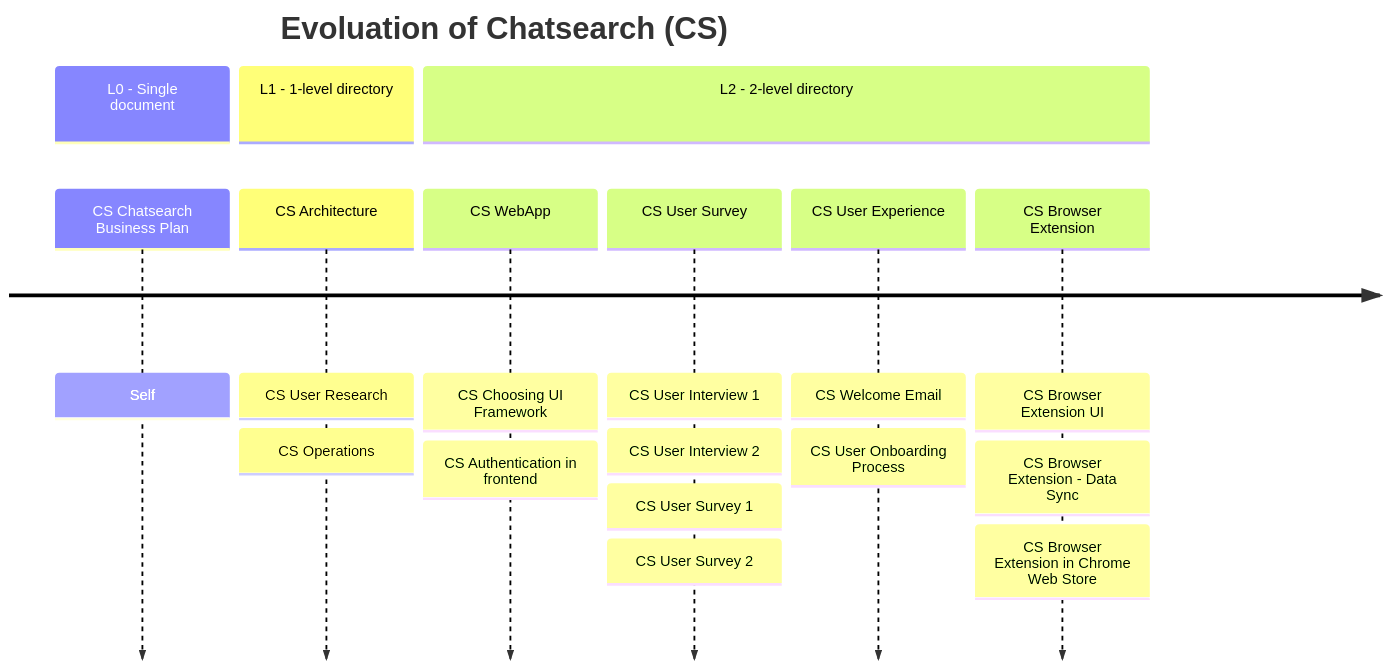
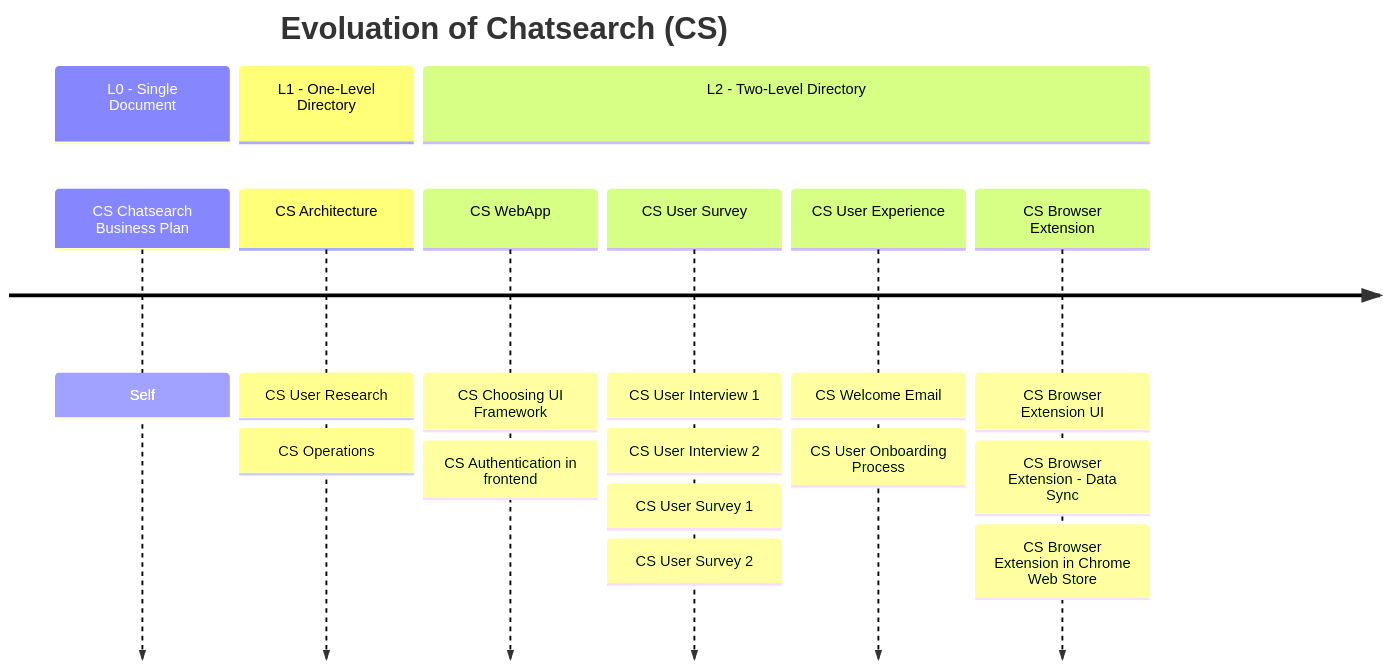
The diagram in _posts/2024-09-14-google-docs-organization.md (mincong-h/mincong-h.github.io), drawn with Mermaid before and after one commit. The commit also changed other lines of this file, not shown here.

````diff
--- a/_posts/2024-09-14-google-docs-organization.md
+++ b/_posts/2024-09-14-google-docs-organization.md
@@ -38,13 +38,13 @@
 ```mermaid
 timeline
     title Evoluation of Chatsearch (CS)
-    section L0 - Single document
+    section L0 - Single Document
         CS Chatsearch Business Plan : Self
-    section L1 - 1-level directory
+    section L1 - One-Level Directory
         CS Architecture : CS User Research : CS Operations
-    section L2 - 2-level directory
+    section L2 - Two-Level Directory
         CS WebApp : CS Choosing UI Framework : CS Authentication in frontend
         CS User Survey : CS User Interview 1 : CS User Interview 2 : CS User Survey 1 : CS User Survey 2
         CS User Experience : CS Welcome Email : CS User Onboarding Process
         CS Browser Extension : CS Browser Extension UI : CS Browser Extension - Data Sync : CS Browser Extension in Chrome Web Store
 ```
````
